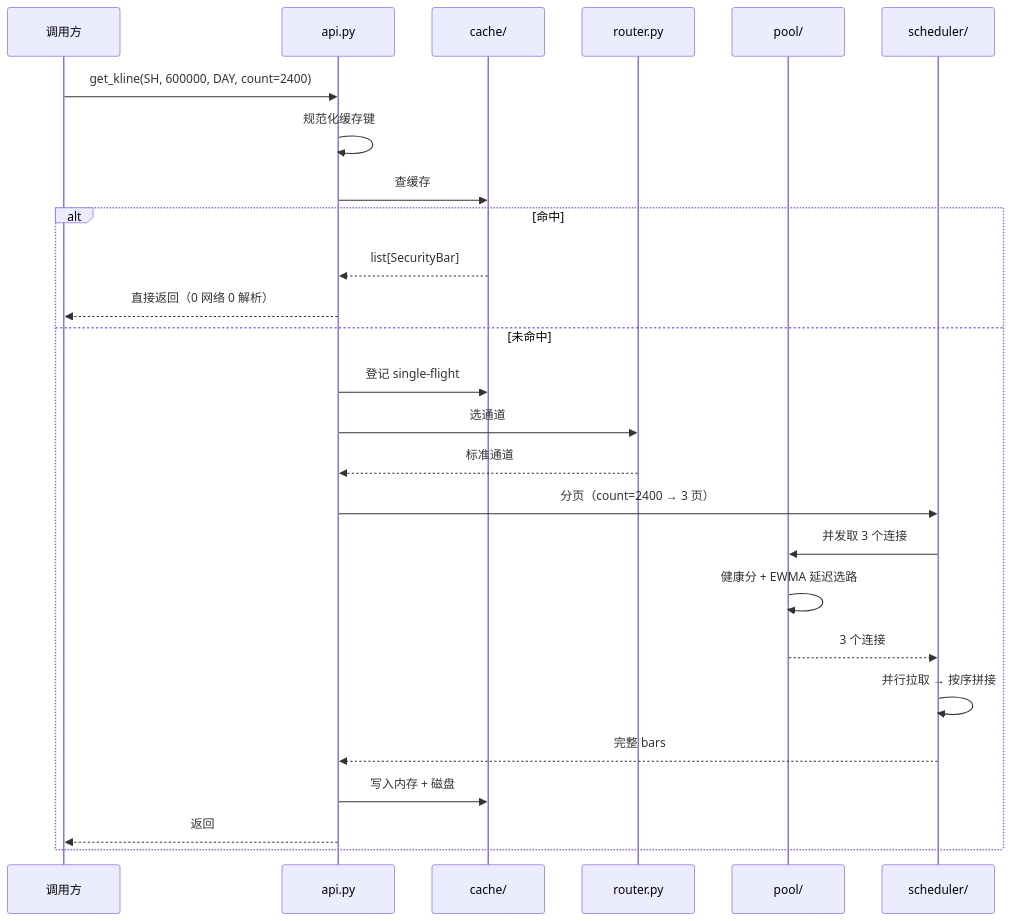
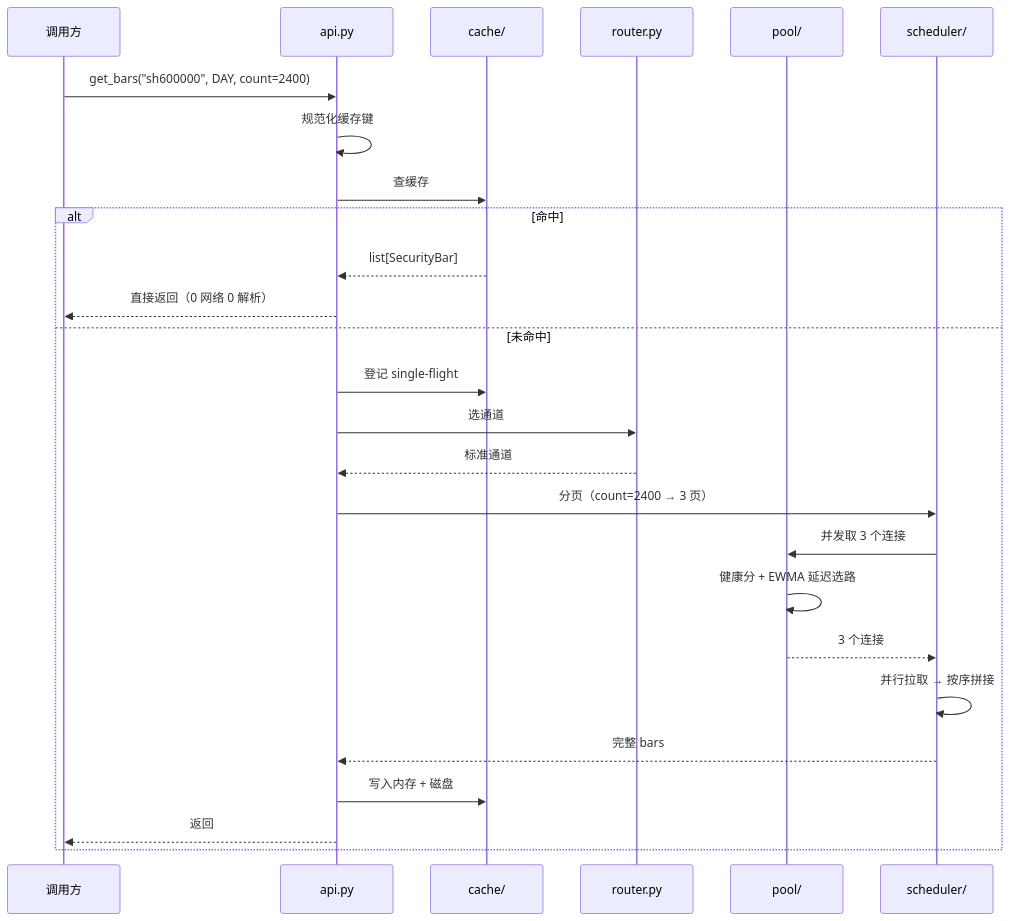
One commit to openbot-coder/pytdxdata changed the second of 2 diagrams in docs/internals/architecture.md. Above: the diagram before and after it, drawn with Mermaid. The commit also changed other lines of this file and 32 other files, not shown here.

````diff
--- a/docs/internals/architecture.md
+++ b/docs/internals/architecture.md
@@ -60,29 +61,29 @@
 ```mermaid
 sequenceDiagram
     participant U as 调用方
     participant A as api.py
     participant C as cache/
     participant R as router.py
     participant P as pool/
     participant S as scheduler/
 
-    U->>A: get_kline(SH, 600000, DAY, count=2400)
+    U->>A: get_bars("sh600000", DAY, count=2400)
     A->>A: 规范化缓存键
     A->>C: 查缓存
     alt 命中
         C-->>A: list[SecurityBar]
         A-->>U: 直接返回（0 网络 0 解析）
     else 未命中
         A->>C: 登记 single-flight
         A->>R: 选通道
         R-->>A: 标准通道
         A->>S: 分页（count=2400 → 3 页）
         S->>P: 并发取 3 个连接
         P->>P: 健康分 + EWMA 延迟选路
         P-->>S: 3 个连接
         S->>S: 并行拉取 → 按序拼接
         S-->>A: 完整 bars
         A->>C: 写入内存 + 磁盘
         A-->>U: 返回
     end
 ```
````
